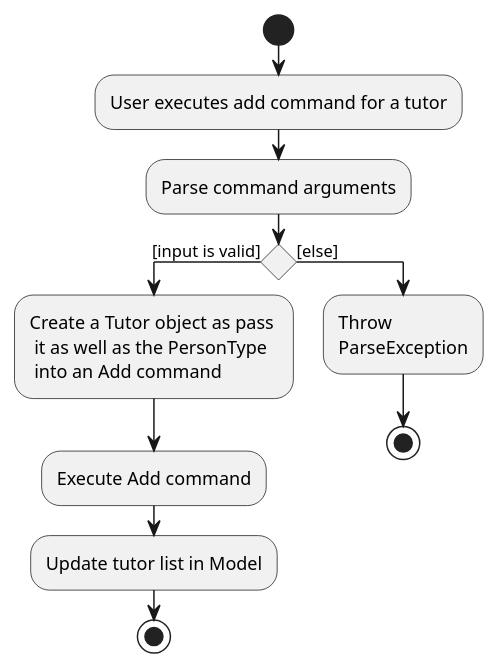
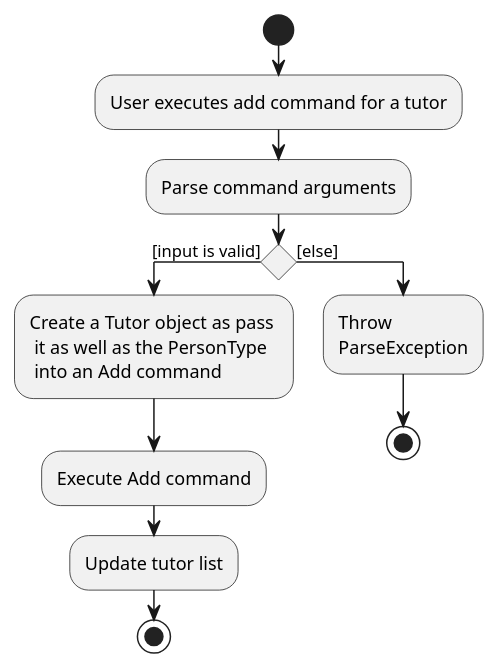
One commit to tenebrius1/tp changed the diagram in docs/diagrams/AddCommandActivityDiagram.puml. Above: the diagram before and after it, drawn with PlantUML. The commit also changed 2 other files, not shown here.

Commit message:
Update Diagrams

```diff
--- a/docs/diagrams/AddCommandActivityDiagram.puml
+++ b/docs/diagrams/AddCommandActivityDiagram.puml
@@ -1,14 +1,14 @@
 @startuml
 start
 :User executes add command for a tutor;
 :Parse command arguments;
 
 if () then ([input is valid])
 :Create a Tutor object as pass \n it as well as the PersonType \n into an Add command;
     :Execute Add command;
-    :Update tutor list in Model;
+    :Update tutor list;
     stop
 else ([else])
 :Throw \nParseException;
 stop
 @enduml
```
